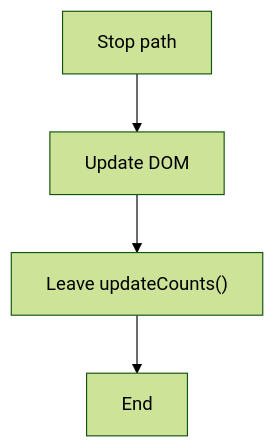
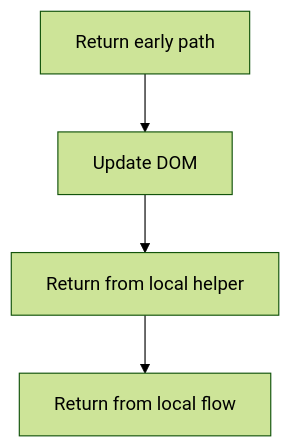
Before and after one commit to JohnAndrewBalbarosa/NeoTerritory: the third of 6 diagrams in docs/Codebase/Frontend/scripts/fix-suggestions.js.md, drawn with Mermaid (forest theme). The commit also changed other lines of this file and 925 other files, not shown here.

````diff
--- a/docs/Codebase/Frontend/scripts/fix-suggestions.js.md
+++ b/docs/Codebase/Frontend/scripts/fix-suggestions.js.md
@@ -73,10 +72,10 @@
 ```mermaid
 flowchart TD
-    N0["Stop path"]
+    N0["Return early path"]
     N1["Update DOM"]
-    N2["Leave updateCounts()"]
-    N3["End"]
+    N2["Return from local helper"]
+    N3["Return from local flow"]
     N0 --> N1
     N1 --> N2
     N2 --> N3
 ```
````
